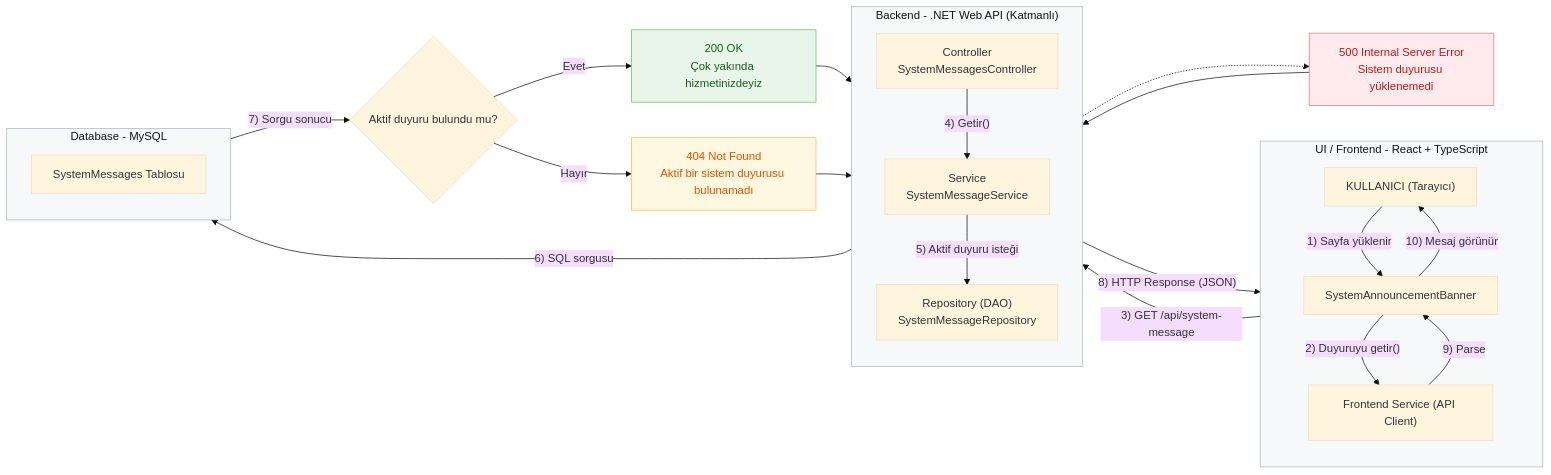
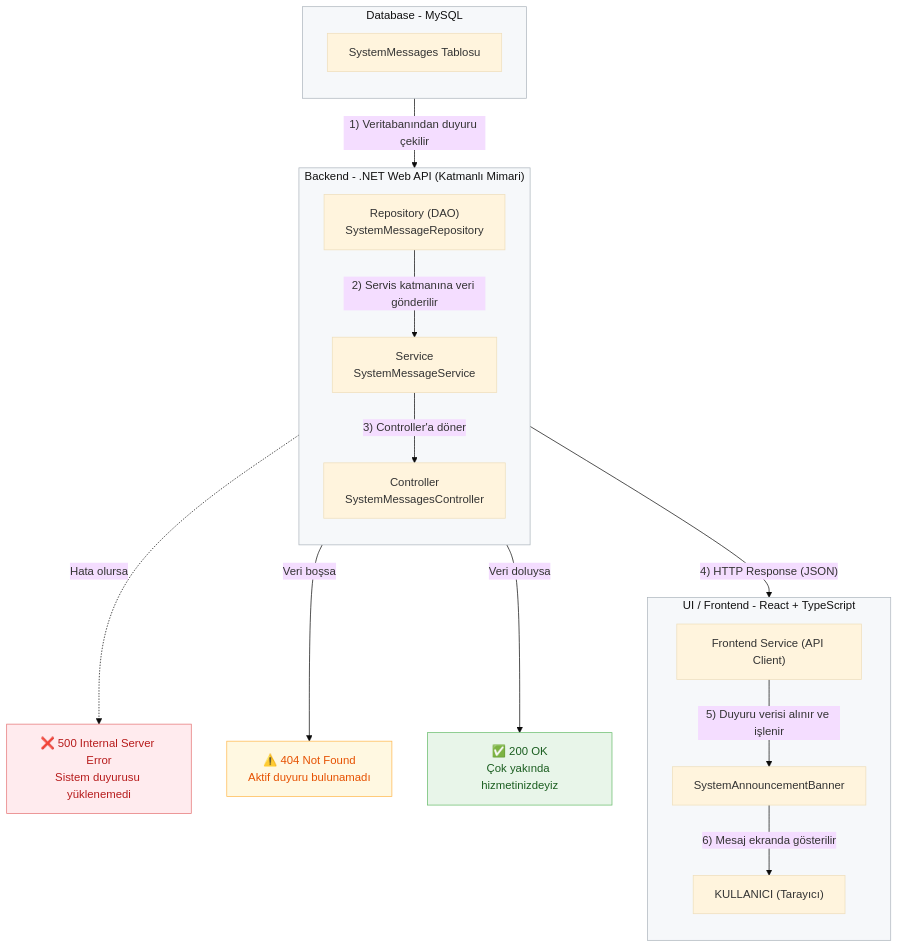
One commit to bugbusterssquad/bugbusters-squad-project changed the diagram in docs/mimari_ozet.md. Above: the diagram before and after it, drawn with Mermaid (base theme).

Commit message:
Update mimari_ozet.md
Yatay çıktısını veren mermaid kodu, dikey olarak düzeltildi

````diff
--- a/docs/mimari_ozet.md
+++ b/docs/mimari_ozet.md
@@ -32,49 +32,49 @@
 ```mermaid
-flowchart LR
-  %% --- Katmanlar ---
-  subgraph UI["UI / Frontend - React + TypeScript"]
-    direction TB
-    U["KULLANICI (Tarayıcı)"]
-    BNR["SystemAnnouncementBanner"]
-    FSVC["Frontend Service (API Client)"]
-  end
+flowchart TB
+  %% === Sprint 0 Dikey Akış (DB → API → UI) ===
 
-  subgraph BE["Backend - .NET Web API (Katmanlı)"]
-    direction TB
-    CTRL["Controller<br/>SystemMessagesController"]
-    SRV["Service<br/>SystemMessageService"]
-    REPO["Repository (DAO)<br/>SystemMessageRepository"]
-  end
-
+  %% --- Database ---
   subgraph DB["Database - MySQL"]
     direction TB
     TBL["SystemMessages Tablosu"]
   end
 
-  %% --- Akış ---
-  U -->|"1) Sayfa yüklenir"| BNR
-  BNR -->|"2) Duyuruyu getir()"| FSVC
-  FSVC -->|"3) GET /api/system-message"| CTRL
-  CTRL -->|"4) Getir()"| SRV
-  SRV  -->|"5) Aktif duyuru isteği"| REPO
-  REPO -->|"6) SQL sorgusu"| TBL
-  TBL -->|"7) Sorgu sonucu"| HAS{"Aktif duyuru bulundu mu?"}
-  HAS -- "Evet" --> OK["200 OK<br/>Çok yakında hizmetinizdeyiz"]
-  HAS -- "Hayır" --> NF["404 Not Found<br/>Aktif bir sistem duyurusu bulunamadı"]
-  REPO -.-> ERR["500 Internal Server Error<br/>Sistem duyurusu yüklenemedi"]
-  OK --> CTRL
-  NF --> CTRL
-  ERR --> CTRL
-  CTRL -->|"8) HTTP Response (JSON)"| FSVC
-  FSVC -->|"9) Parse"| BNR
-  BNR -->|"10) Mesaj görünür"| U
+  %% --- Backend ---
+  subgraph BE["Backend - .NET Web API (Katmanlı Mimari)"]
+    direction TB
+    REPO["Repository (DAO)<br/>SystemMessageRepository"]
+    SRV["Service<br/>SystemMessageService"]
+    CTRL["Controller<br/>SystemMessagesController"]
+  end
 
+  %% --- UI / Frontend ---
+  subgraph UI["UI / Frontend - React + TypeScript"]
+    direction TB
+    FSVC["Frontend Service (API Client)"]
+    BNR["SystemAnnouncementBanner"]
+    U["KULLANICI (Tarayıcı)"]
+  end
+
+  %% --- Veri Akışı ---
+  TBL -->|"1) Veritabanından duyuru çekilir"| REPO
+  REPO -->|"2) Servis katmanına veri gönderilir"| SRV
+  SRV -->|"3) Controller'a döner"| CTRL
+  CTRL -->|"4) HTTP Response (JSON)"| FSVC
+  FSVC -->|"5) Duyuru verisi alınır ve işlenir"| BNR
+  BNR -->|"6) Mesaj ekranda gösterilir"| U
+
+  %% --- Karar Noktası ve Durumlar ---
+  REPO -.->|Hata olursa| ERR["❌ 500 Internal Server Error<br/>Sistem duyurusu yüklenemedi"]
+  SRV -->|"Veri boşsa"| NF["⚠️ 404 Not Found<br/>Aktif duyuru bulunamadı"]
+  SRV -->|"Veri doluysa"| OK["✅ 200 OK<br/>Çok yakında hizmetinizdeyiz"]
+
+  %% --- Stil ---
   classDef layer fill:#f6f8fa,stroke:#adb5bd,stroke-width:1px,color:#111;
   classDef ok fill:#e8f5e9,stroke:#66bb6a,color:#1b5e20;
   classDef nf fill:#fff8e1,stroke:#ffb74d,color:#e65100;
   classDef err fill:#ffebee,stroke:#e57373,color:#b71c1c;
   class UI,BE,DB layer;
   class OK ok;
   class NF nf;
   class ERR err;
 ```
````
